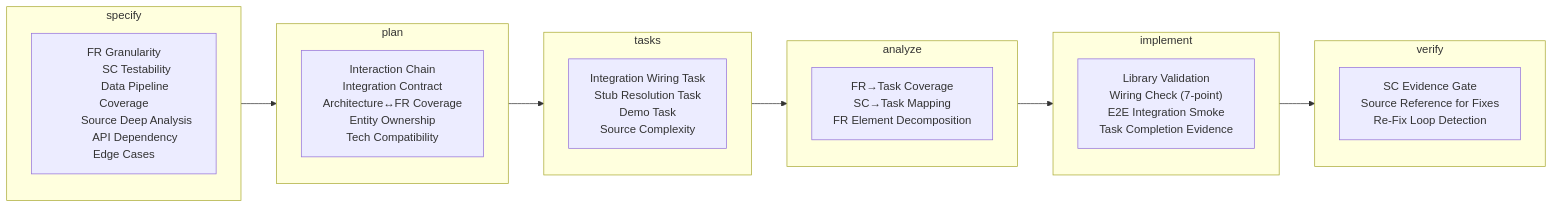
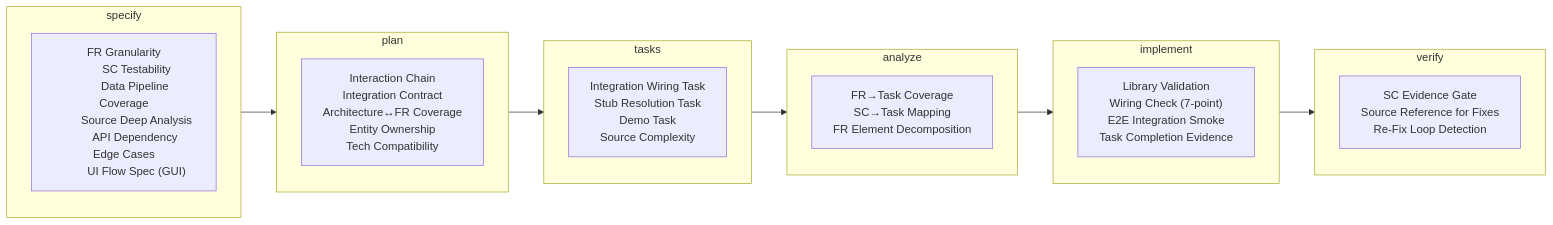
The sixth of 7 diagrams in README.ko.md (coolhero/spec-kit-skills), drawn with Mermaid before and after one commit. The commit also changed other lines of this file and 1 other file, not shown here.

Commit message:
Add UI Flow Spec to README Pipeline Quality Gates diagram + file tables
README (EN+KO):
  - Pipeline Quality Gates Mermaid: add "UI Flow Spec (GUI)" to specify
  - Gates table: update specify row with UI Flow Spec example
  - File tables: add reference/ui-flow-spec.md entry

````diff
--- a/README.ko.md
+++ b/README.ko.md
@@ -802,46 +802,47 @@
 ```mermaid
 flowchart LR
     subgraph specify["specify"]
         S1["FR Granularity
         SC Testability
         Data Pipeline Coverage
         Source Deep Analysis
-        API Dependency Edge Cases"]
+        API Dependency Edge Cases
+        UI Flow Spec (GUI)"]
     end
 
     subgraph plan["plan"]
         P1["Interaction Chain
         Integration Contract
         Architecture↔FR Coverage
         Entity Ownership
         Tech Compatibility"]
     end
 
     subgraph tasks["tasks"]
         T1["Integration Wiring Task
         Stub Resolution Task
         Demo Task
         Source Complexity"]
     end
 
     subgraph analyze["analyze"]
         A1["FR→Task Coverage
         SC→Task Mapping
         FR Element Decomposition"]
     end
 
     subgraph implement["implement"]
         I1["Library Validation
         Wiring Check (7-point)
         E2E Integration Smoke
         Task Completion Evidence"]
     end
 
     subgraph verify["verify"]
         V1["SC Evidence Gate
         Source Reference for Fixes
         Re-Fix Loop Detection"]
     end
 
     specify --> plan --> tasks --> analyze --> implement --> verify
 ```
````
